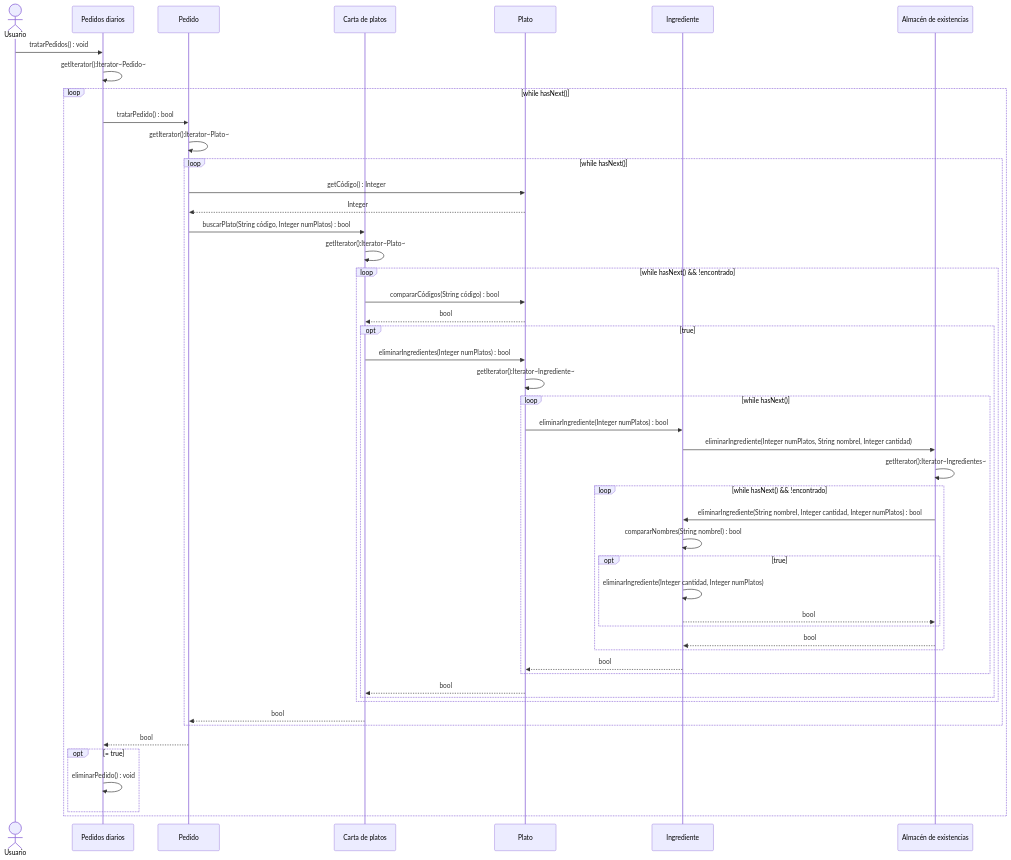
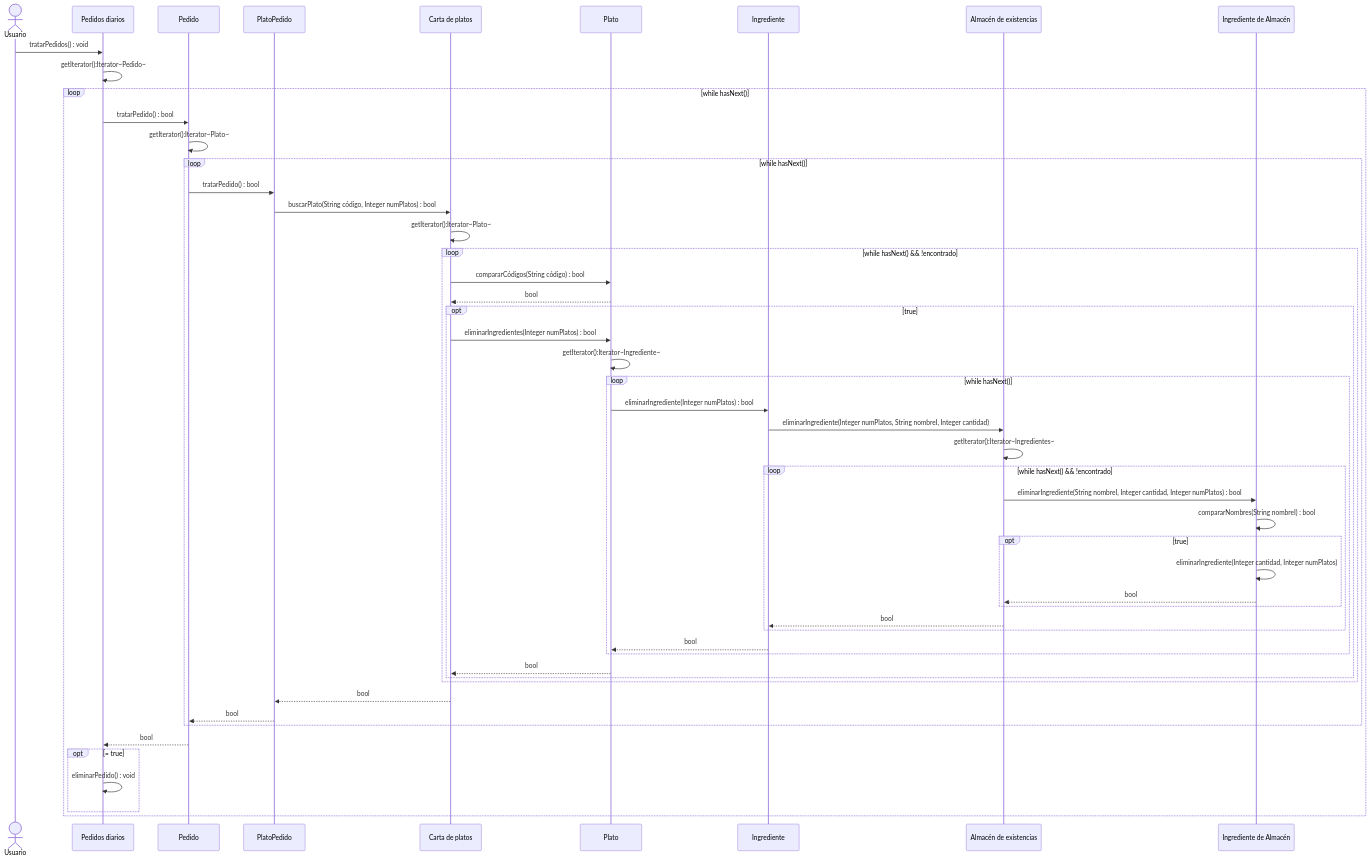
The diagram in Diagramas de Secuencia/CateRing.md (GonMa18/IS), drawn with Mermaid before and after one commit.

Commit message:
Refactor sequence diagram for order processing

````diff
--- a/Diagramas de Secuencia/CateRing.md
+++ b/Diagramas de Secuencia/CateRing.md
@@ -1,53 +1,55 @@
 ```mermaid
 sequenceDiagram
 actor U as Usuario
 
 participant PD as Pedidos diarios
 participant Pe as Pedido
+participant PP as PlatoPedido
 participant C as Carta de platos
 participant Pl as Plato
 participant I as Ingrediente
 participant A as Almacén de existencias
+participant IA as Ingrediente de Almacén
 
 U->>PD: tratarPedidos() : void
 PD->>PD: getIterator():Iterator~Pedido~
 loop while hasNext()
   PD->>Pe: tratarPedido() : bool
   Pe->>Pe: getIterator():Iterator~Plato~
   loop while hasNext()
-    Pe->>Pl: getCódigo() : Integer
-    Pl-->>Pe: Integer
-    Pe->>C: buscarPlato(String código, Integer numPlatos) : bool
+    Pe->>PP: tratarPedido() : bool
+    PP->>C: buscarPlato(String código, Integer numPlatos) : bool
     C->>C: getIterator():Iterator~Plato~
     loop while hasNext() && !encontrado
       C->>Pl: compararCódigos(String código) : bool
       Pl-->>C: bool
       opt true
         C->>Pl: eliminarIngredientes(Integer numPlatos) : bool
         Pl->>Pl: getIterator():Iterator~Ingrediente~
         loop while hasNext()
           Pl->>I: eliminarIngrediente(Integer numPlatos) : bool
           I->>A: eliminarIngrediente(Integer numPlatos, String nombreI, Integer cantidad)
           A->>A: getIterator():Iterator~Ingredientes~
           loop while hasNext() && !encontrado
-            A->>I: eliminarIngrediente(String nombreI, Integer cantidad, Integer numPlatos) : bool
-            I->>I: compararNombres(String nombreI) : bool
+            A->>IA: eliminarIngrediente(String nombreI, Integer cantidad, Integer numPlatos) : bool
+            IA->>IA: compararNombres(String nombreI) : bool
             opt true
-              I->>I: eliminarIngrediente(Integer cantidad, Integer numPlatos)
-              I-->>A: bool
+              IA->>IA: eliminarIngrediente(Integer cantidad, Integer numPlatos)
+              IA-->>A: bool
             end
           A-->>I: bool
           end
         I-->>Pl: bool
         end
       Pl-->>C: bool
       end
     end
-    C-->>Pe: bool
+    C-->>PP: bool
+    PP-->>Pe: bool
   end
   Pe-->>PD: bool
   opt = true
   PD->>PD: eliminarPedido() : void
   end
 end
 ```
````
